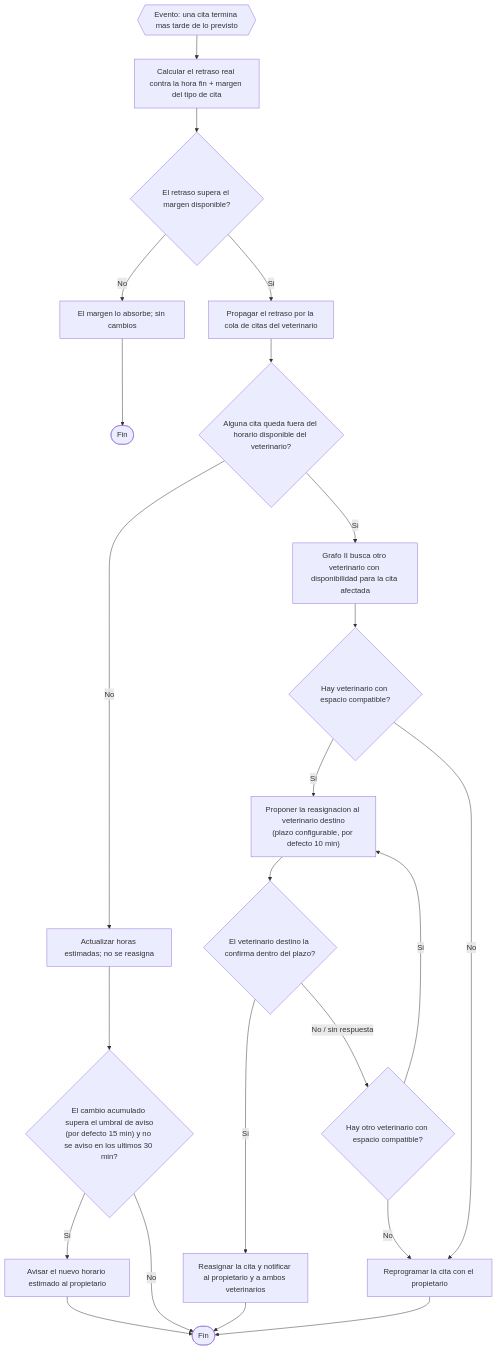
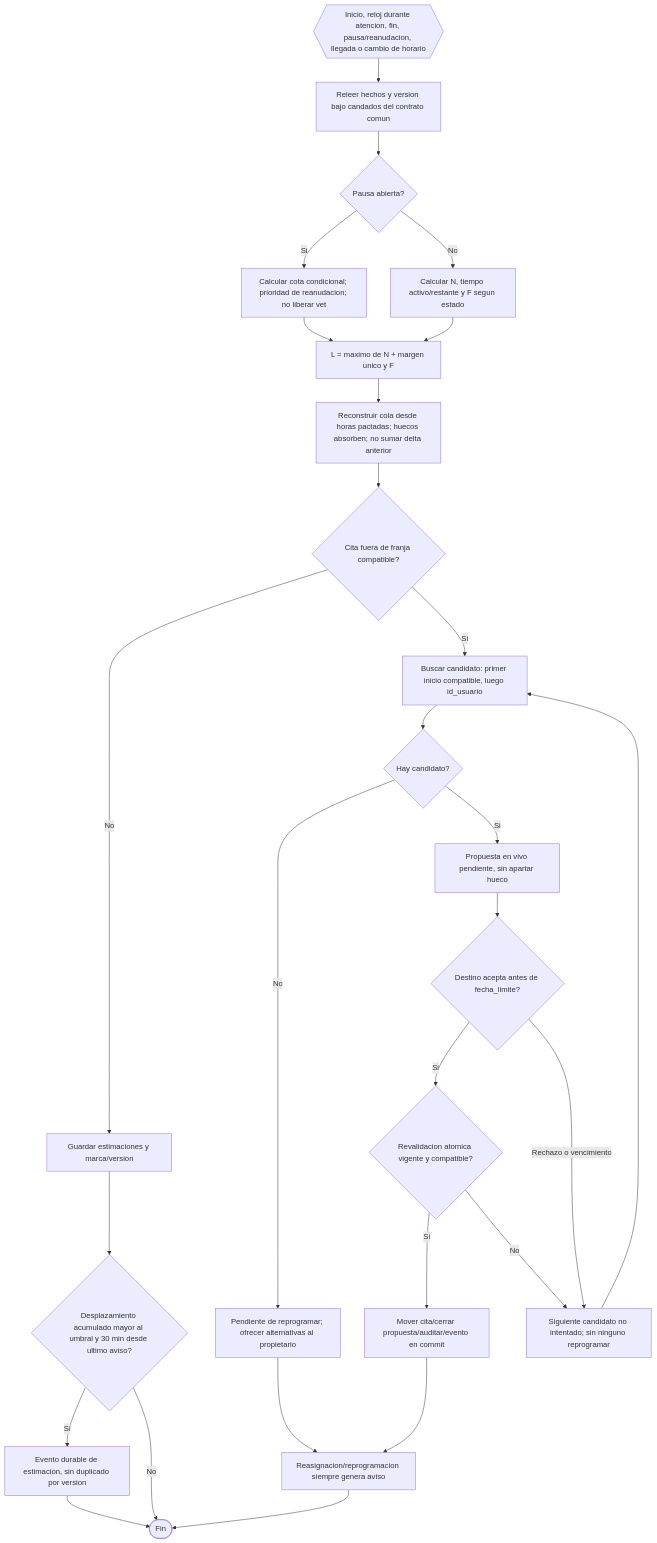
The sixth of 26 diagrams in documentacion/Modelos.md (carvajal7lsch-commits/Zooki), drawn with Mermaid before and after one commit. The commit also changed other lines of this file and 10 other files, not shown here.

````diff
--- a/documentacion/Modelos.md
+++ b/documentacion/Modelos.md
@@ -286,25 +289,29 @@
 ```mermaid
 flowchart TD
-  A{{"Evento: una cita termina mas tarde de lo previsto"}} --> B[Calcular el retraso real contra la hora fin + margen del tipo de cita]
-  B --> C{El retraso supera el margen disponible?}
-  C -- No --> C1[El margen lo absorbe; sin cambios]
-  C1 --> ZF([Fin])
-  C -- Si --> D[Propagar el retraso por la cola de citas del veterinario]
-  D --> E{Alguna cita queda fuera del horario disponible del veterinario?}
-  E -- No --> E1[Actualizar horas estimadas; no se reasigna]
-  E -- Si --> F[Grafo II busca otro veterinario con disponibilidad para la cita afectada]
-  F --> G{Hay veterinario con espacio compatible?}
-  G -- Si --> H["Proponer la reasignacion al veterinario destino<br/>(plazo configurable, por defecto 10 min)"]
-  H --> I{El veterinario destino la confirma dentro del plazo?}
-  I -- Si --> J[Reasignar la cita y notificar al propietario y a ambos veterinarios]
-  I -- "No / sin respuesta" --> NX{Hay otro veterinario con espacio compatible?}
-  NX -- Si --> H
-  NX -- No --> RP[Reprogramar la cita con el propietario]
-  G -- No --> RP
-  E1 --> U{"El cambio acumulado supera el umbral de aviso<br/>(por defecto 15 min) y no se aviso en los ultimos 30 min?"}
-  U -- Si --> M[Avisar el nuevo horario estimado al propietario]
-  U -- No --> L([Fin])
-  J --> L
-  RP --> L
-  M --> L
+  A{{"Inicio, reloj durante atencion, fin, pausa/reanudacion, llegada o cambio de horario"}} --> B["Releer hechos y version bajo candados del contrato comun"]
+  B --> P{Pausa abierta?}
+  P -- Si --> PC["Calcular cota condicional; prioridad de reanudacion; no liberar vet"]
+  P -- No --> N["Calcular N, tiempo activo/restante y F segun estado"]
+  PC --> L
+  N --> L["L = maximo de N + margen unico y F"]
+  L --> COL["Reconstruir cola desde horas pactadas; huecos absorben; no sumar delta anterior"]
+  COL --> FU{Cita fuera de franja compatible?}
+  FU -- No --> EST["Guardar estimaciones y marca/version"]
+  FU -- Si --> EMP["Buscar candidato: primer inicio compatible, luego id_usuario"]
+  EMP --> HAY{Hay candidato?}
+  HAY -- No --> REP["Pendiente de reprogramar; ofrecer alternativas al propietario"]
+  HAY -- Si --> PRO["Propuesta en vivo pendiente, sin apartar hueco"]
+  PRO --> AC{"Destino acepta antes de fecha_limite?"}
+  AC -- Si --> RV{"Revalidacion atomica vigente y compatible?"}
+  RV -- Si --> MOV["Mover cita/cerrar propuesta/auditar/evento en commit"]
+  RV -- No --> SIG
+  AC -- "Rechazo o vencimiento" --> SIG["Siguiente candidato no intentado; sin ninguno reprogramar"]
+  SIG --> EMP
+  EST --> AV{"Desplazamiento acumulado mayor al umbral y 30 min desde ultimo aviso?"}
+  AV -- Si --> EVT["Evento durable de estimacion, sin duplicado por version"]
+  AV -- No --> FIN([Fin])
+  MOV --> SIEM["Reasignacion/reprogramacion siempre genera aviso"]
+  REP --> SIEM
+  SIEM --> FIN
+  EVT --> FIN
 ```
````
